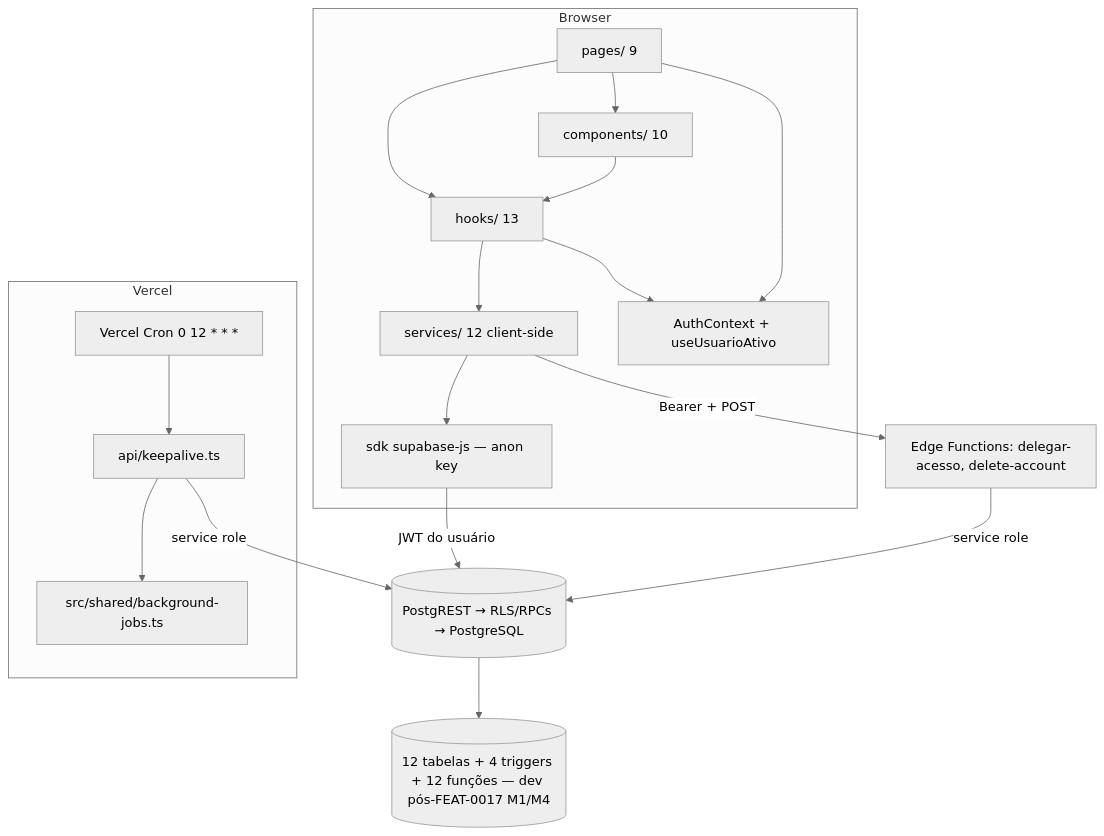
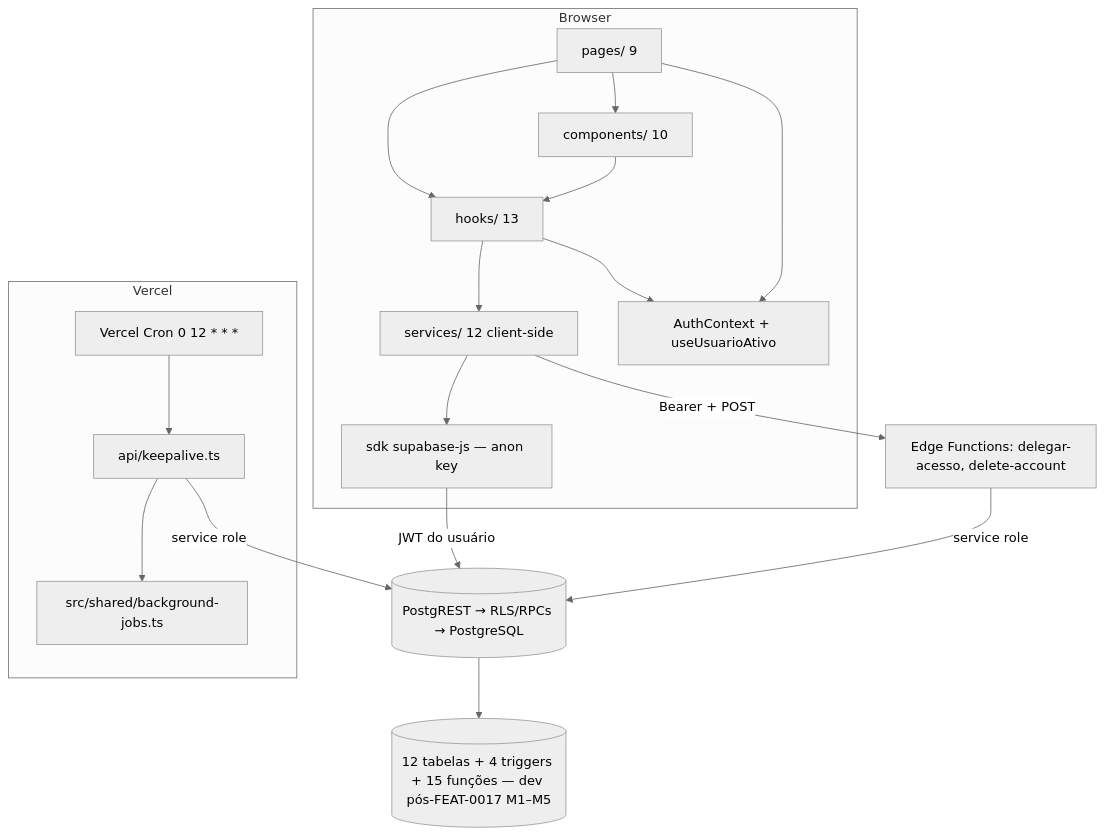
Before and after one commit to lucasmm96/meufenil: the diagram in .ai/specs/current/architecture/overview.md, drawn with Mermaid (neutral theme). The commit also changed other lines of this file and 8 other files, not shown here.

````diff
--- a/.ai/specs/current/architecture/overview.md
+++ b/.ai/specs/current/architecture/overview.md
@@ -13,20 +13,20 @@
 ```mermaid
 flowchart TB
     subgraph Browser
         P[pages/ 9] --> H[hooks/ 13] --> S[services/ 12 client-side]
         P --> C[components/ 10]
         C --> H
         S --> SUP[sdk supabase-js — anon key]
         P --> AU[AuthContext + useUsuarioAtivo]
         H --> AU
     end
     SUP -->|JWT do usuário| PG[(PostgREST → RLS/RPCs → PostgreSQL)]
     S -->|Bearer + POST| ED[Edge Functions: delegar-acesso, delete-account]
     ED -->|service role| PG
     subgraph Vercel
         CRON[Vercel Cron 0 12 * * *] --> KEEP[api/keepalive.ts]
         KEEP --> BJ[src/shared/background-jobs.ts]
     end
     KEEP -->|service role| PG
-    PG --> TAB[(12 tabelas + 4 triggers + 12 funções — dev pós-FEAT-0017 M1/M4)]
+    PG --> TAB[(12 tabelas + 4 triggers + 15 funções — dev pós-FEAT-0017 M1–M5)]
 ```
````
